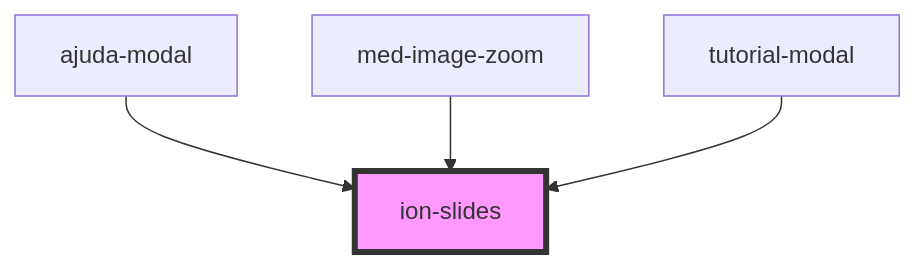
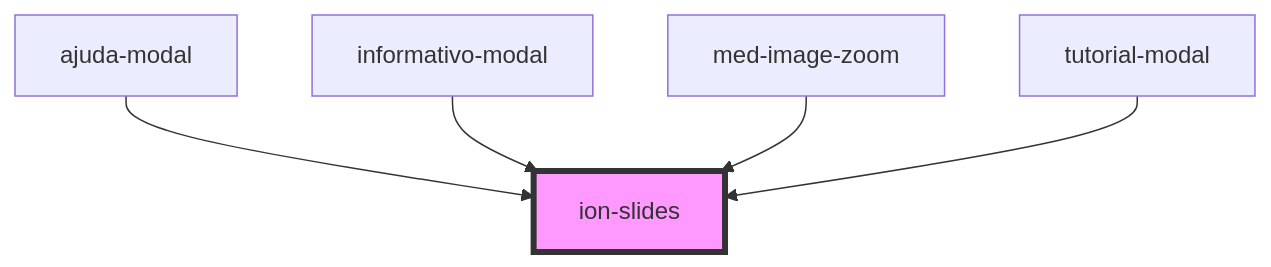
One commit to MEDGRUPOGIT/ionic-framework-1 changed the diagram in core/src/components/slides/readme.md. Above: the diagram before and after it, drawn with Mermaid. The commit also changed other lines of this file and 16 other files, not shown here.

Commit message:
modal informativo apostila

````diff
--- a/core/src/components/slides/readme.md
+++ b/core/src/components/slides/readme.md
@@ -861,7 +862,8 @@
 ```mermaid
 graph TD;
   ajuda-modal --> ion-slides
+  informativo-modal --> ion-slides
   med-image-zoom --> ion-slides
   tutorial-modal --> ion-slides
   style ion-slides fill:#f9f,stroke:#333,stroke-width:4px
 ```
````
